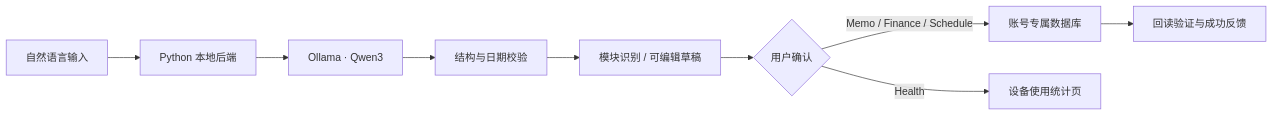
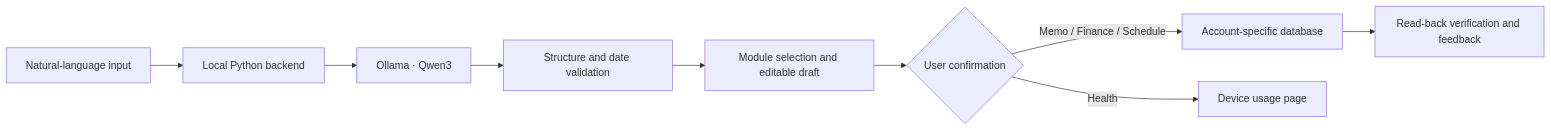
One commit to lana0323/Lifehub-Plus changed the diagram in README.md. Above: the diagram before and after it, drawn with Mermaid. The commit also changed other lines of this file, not shown here.

````diff
--- a/README.md
+++ b/README.md
@@ -58,11 +58,11 @@
 ```mermaid
 flowchart LR
-    A[自然语言输入] --> B[Python 本地后端]
+    A[Natural-language input] --> B[Local Python backend]
     B --> C[Ollama · Qwen3]
-    C --> D[结构与日期校验]
-    D --> E[模块识别 / 可编辑草稿]
-    E --> F{用户确认}
-    F -->|Memo / Finance / Schedule| G[账号专属数据库]
-    F -->|Health| H[设备使用统计页]
-    G --> I[回读验证与成功反馈]
+    C --> D[Structure and date validation]
+    D --> E[Module selection and editable draft]
+    E --> F{User confirmation}
+    F -->|Memo / Finance / Schedule| G[Account-specific database]
+    F -->|Health| H[Device usage page]
+    G --> I[Read-back verification and feedback]
 ```
````
